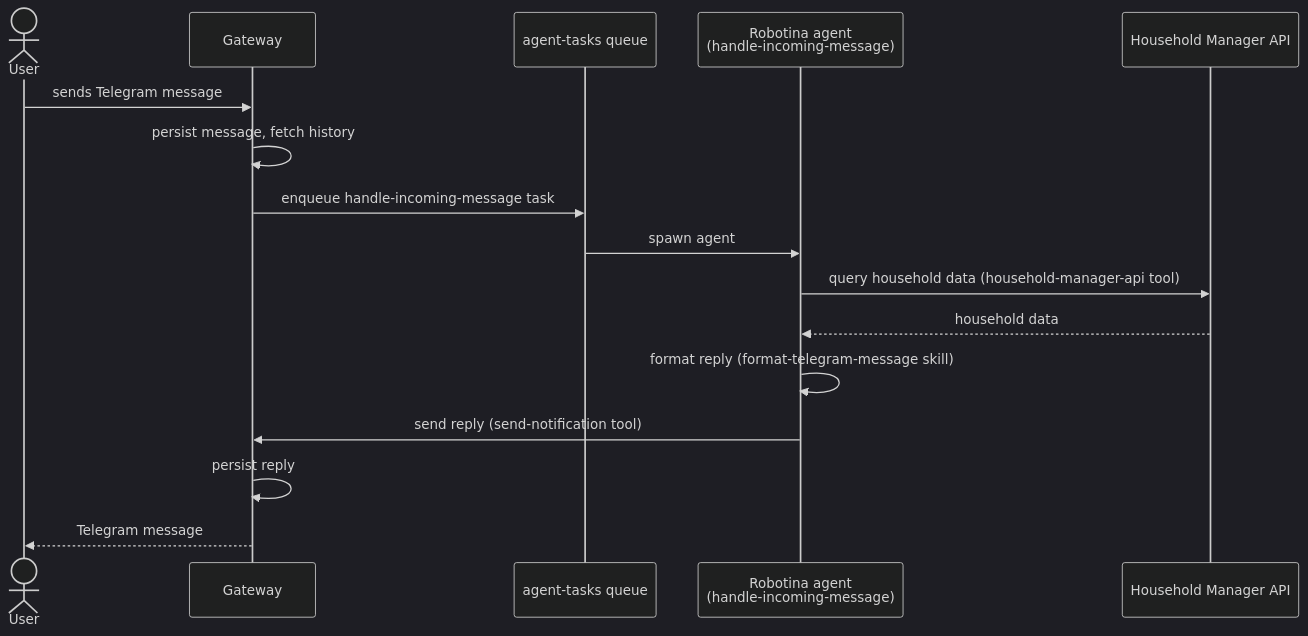
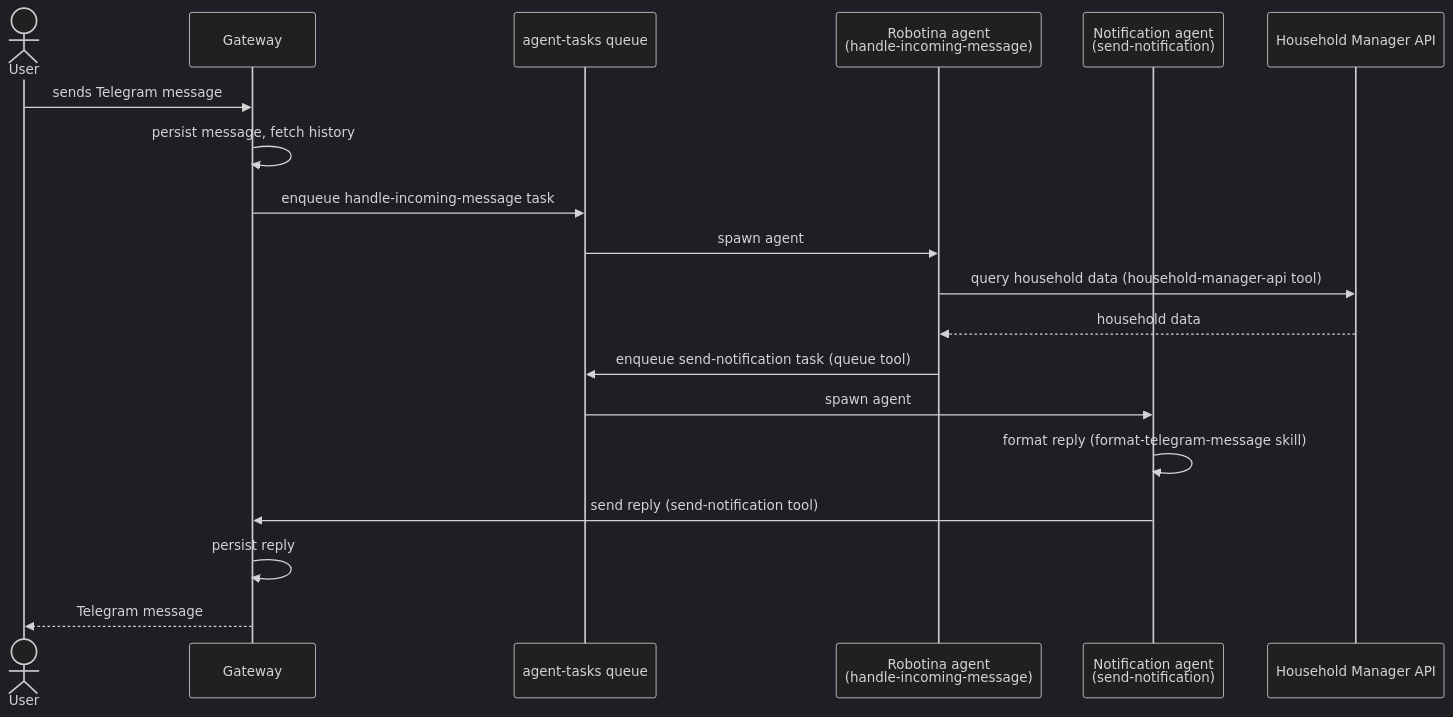
One commit to solanoepalacio/robotina changed the first of 2 diagrams in plans/01-kickoff/spec.md. Above: the diagram before and after it, drawn with Mermaid (dark theme). The commit also changed other lines of this file, not shown here.

````diff
--- a/plans/01-kickoff/spec.md
+++ b/plans/01-kickoff/spec.md
@@ -57,19 +57,22 @@
 ```mermaid
 sequenceDiagram
     actor User
     participant Gateway
     participant Queue as agent-tasks queue
-    participant Agent as Robotina agent<br/>(handle-incoming-message)
+    participant A1 as Robotina agent<br/>(handle-incoming-message)
+    participant A2 as Notification agent<br/>(send-notification)
     participant HM as Household Manager API
 
     User->>Gateway: sends Telegram message
     Gateway->>Gateway: persist message, fetch history
     Gateway->>Queue: enqueue handle-incoming-message task
-    Queue->>Agent: spawn agent
-    Agent->>HM: query household data (household-manager-api tool)
-    HM-->>Agent: household data
-    Agent->>Agent: format reply (format-telegram-message skill)
-    Agent->>Gateway: send reply (send-notification tool)
+    Queue->>A1: spawn agent
+    A1->>HM: query household data (household-manager-api tool)
+    HM-->>A1: household data
+    A1->>Queue: enqueue send-notification task (queue tool)
+    Queue->>A2: spawn agent
+    A2->>A2: format reply (format-telegram-message skill)
+    A2->>Gateway: send reply (send-notification tool)
     Gateway->>Gateway: persist reply
     Gateway-->>User: Telegram message
 ```
````
